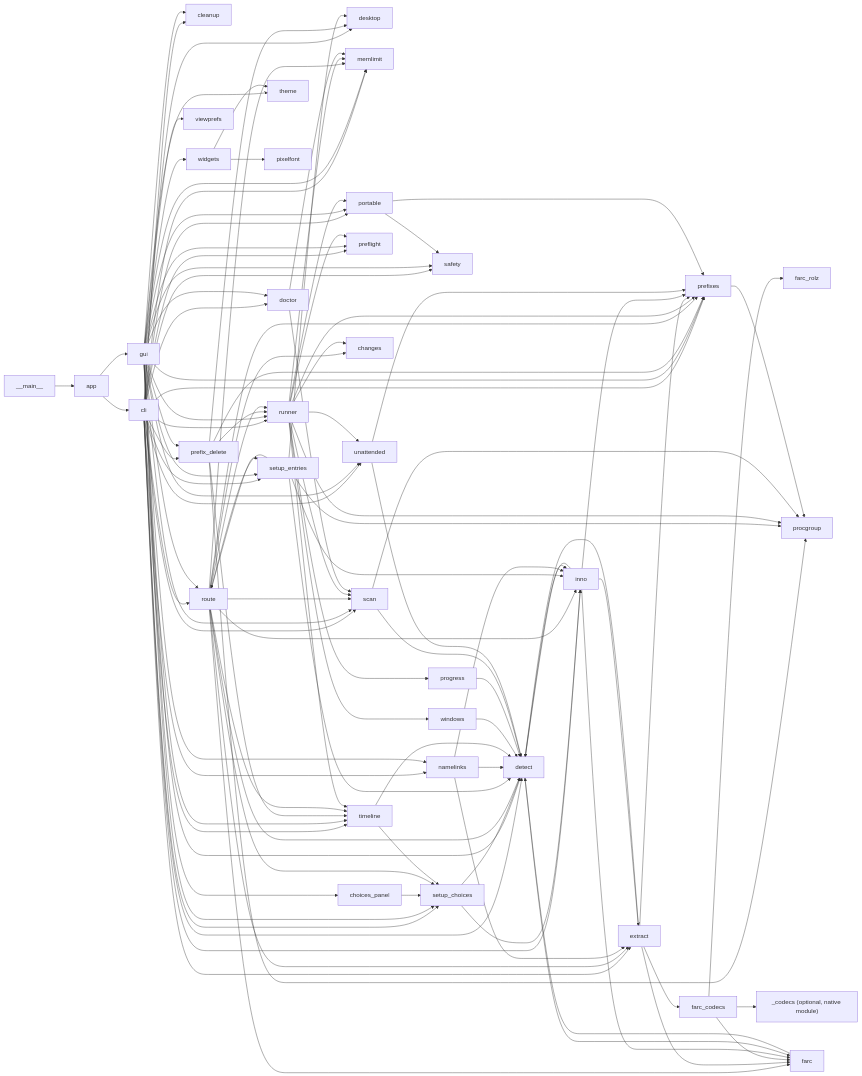
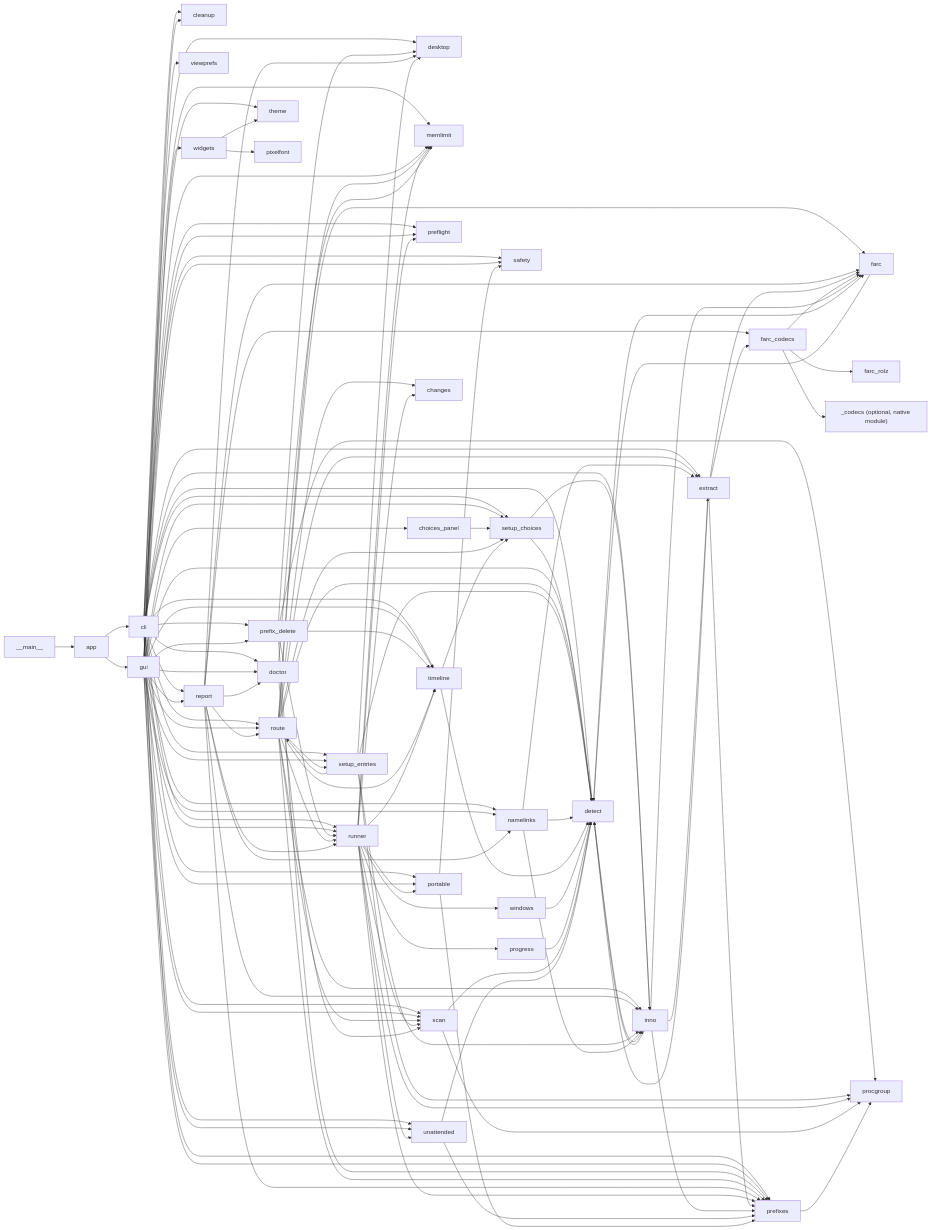
One commit to undecuple/gitfurl changed the second of 6 diagrams in docs/code-map.md. Above: the diagram before and after it, drawn with Mermaid. The commit also changed other lines of this file and 12 other files, not shown here.

First line of the commit message:
Add a scrubbed support report (cli report; Copy support report in the window) (#76)

````diff
--- a/docs/code-map.md
+++ b/docs/code-map.md
@@ -66,31 +67,32 @@
 ```mermaid
 flowchart LR
   main["__main__"] --> app
   app --> cli & gui
-  cli --> cleanup & desktop & detect & doctor & extract & inno & memlimit & namelinks & portable & prefix_delete & prefixes & preflight & route & runner & safety & scan & setup_choices & setup_entries & timeline & unattended
-  gui --> choices_panel & cleanup & detect & doctor & memlimit & namelinks & portable & prefix_delete & prefixes & preflight & route & runner & safety & scan & setup_choices & setup_entries & theme & timeline & unattended & viewprefs & widgets
+  cli --> cleanup & desktop & detect & doctor & extract & inno & memlimit & namelinks & portable & prefix_delete & prefixes & preflight & report & route & runner & safety & scan & setup_choices & setup_entries & timeline & unattended
+  gui --> choices_panel & cleanup & detect & doctor & memlimit & namelinks & portable & prefix_delete & prefixes & preflight & report & route & runner & safety & scan & setup_choices & setup_entries & theme & timeline & unattended & viewprefs & widgets
   choices_panel --> setup_choices
   setup_choices --> detect & inno
   route --> setup_choices
   timeline --> setup_choices
   prefix_delete --> desktop & prefixes & procgroup & runner & timeline
   route --> changes & detect & extract & farc & inno & memlimit & prefixes & runner & scan & setup_entries & timeline
+  report --> desktop & doctor & farc & farc_codecs & inno & namelinks & prefixes & route & runner
   setup_entries --> desktop & detect & inno & procgroup & route
   runner --> changes & memlimit & portable & prefixes & preflight & procgroup & progress & scan & timeline & unattended & windows
   namelinks --> detect & extract & inno
   extract --> detect & farc & farc_codecs & prefixes
   farc_codecs --> farc & farc_rolz & codecsmod
   inno --> detect & extract & farc & prefixes
   detect --> farc & inno
   farc --> detect
   timeline --> detect
   windows --> detect
   progress --> detect
   scan --> detect & procgroup
   unattended --> detect & prefixes
   doctor --> memlimit & scan
   portable --> prefixes & safety
   prefixes --> procgroup
   widgets --> pixelfont & theme
   codecsmod["_codecs (optional, native module)"]
 ```
````
